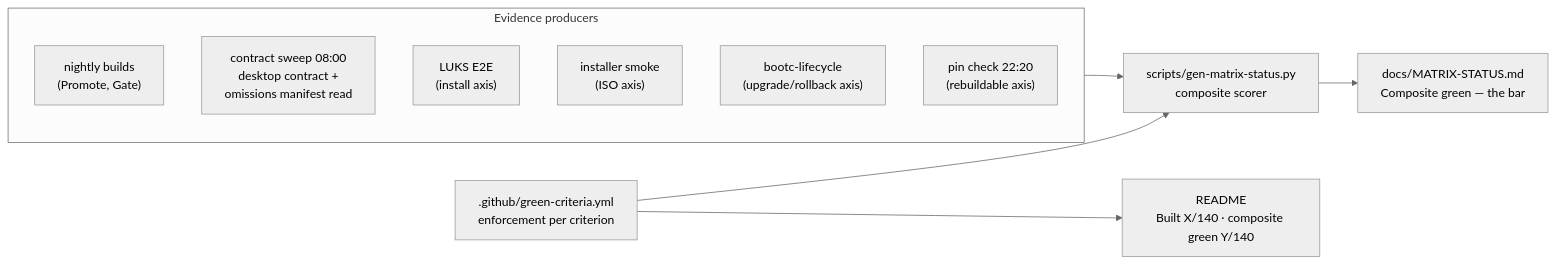
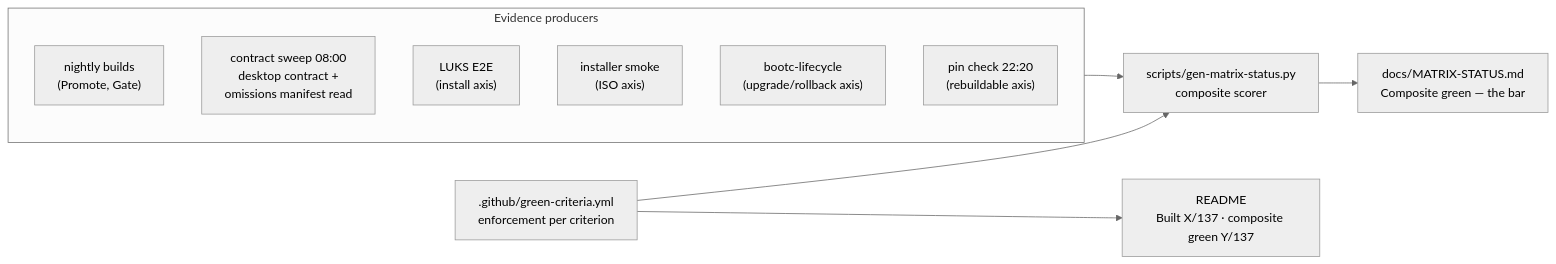
One commit to tuna-os/tunaOS changed the fifth of 5 diagrams in docs/DEVELOPER-GUIDE.md. Above: the diagram before and after it, drawn with Mermaid (neutral theme). The commit also changed other lines of this file and 4 other files, not shown here.

````diff
--- a/docs/DEVELOPER-GUIDE.md
+++ b/docs/DEVELOPER-GUIDE.md
@@ -245,20 +245,20 @@
 ```mermaid
 flowchart LR
     subgraph evidence["Evidence producers"]
         BLD["nightly builds<br/>(Promote, Gate)"]
         SWEEP["contract sweep 08:00<br/>desktop contract +<br/>omissions manifest read"]
         LUKS["LUKS E2E<br/>(install axis)"]
         ISO["installer smoke<br/>(ISO axis)"]
         LC["bootc-lifecycle<br/>(upgrade/rollback axis)"]
         PIN["pin check 22:20<br/>(rebuildable axis)"]
     end
     CRIT[".github/green-criteria.yml<br/>enforcement per criterion"]
     GEN["scripts/gen-matrix-status.py<br/>composite scorer"]
     MS["docs/MATRIX-STATUS.md<br/>Composite green — the bar"]
-    RM["README<br/>Built X/140 · composite green Y/140"]
+    RM["README<br/>Built X/137 · composite green Y/137"]
 
     evidence --> GEN
     CRIT --> GEN
     GEN --> MS
     CRIT --> RM
 ```
````
